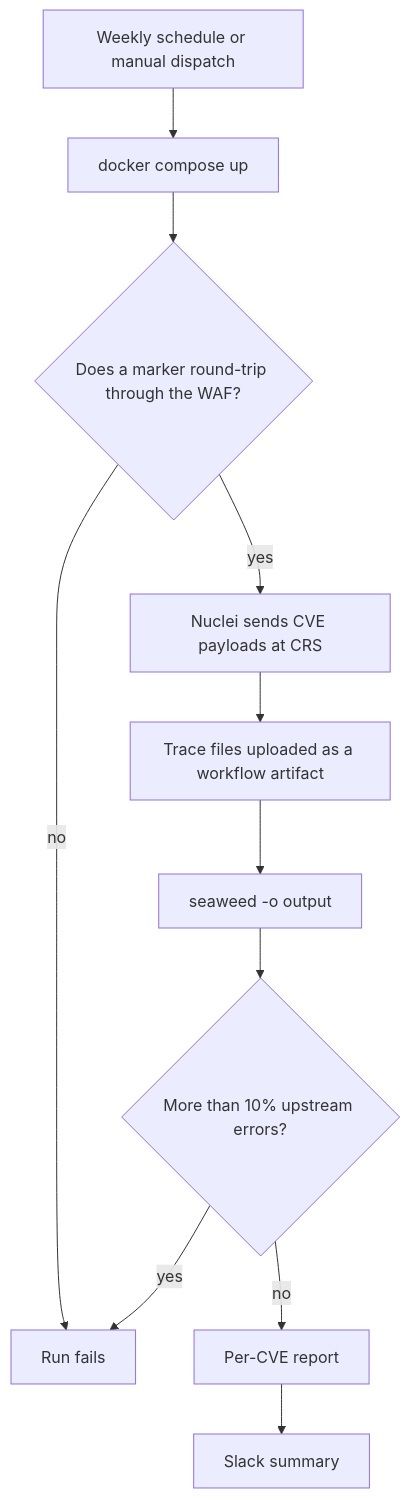
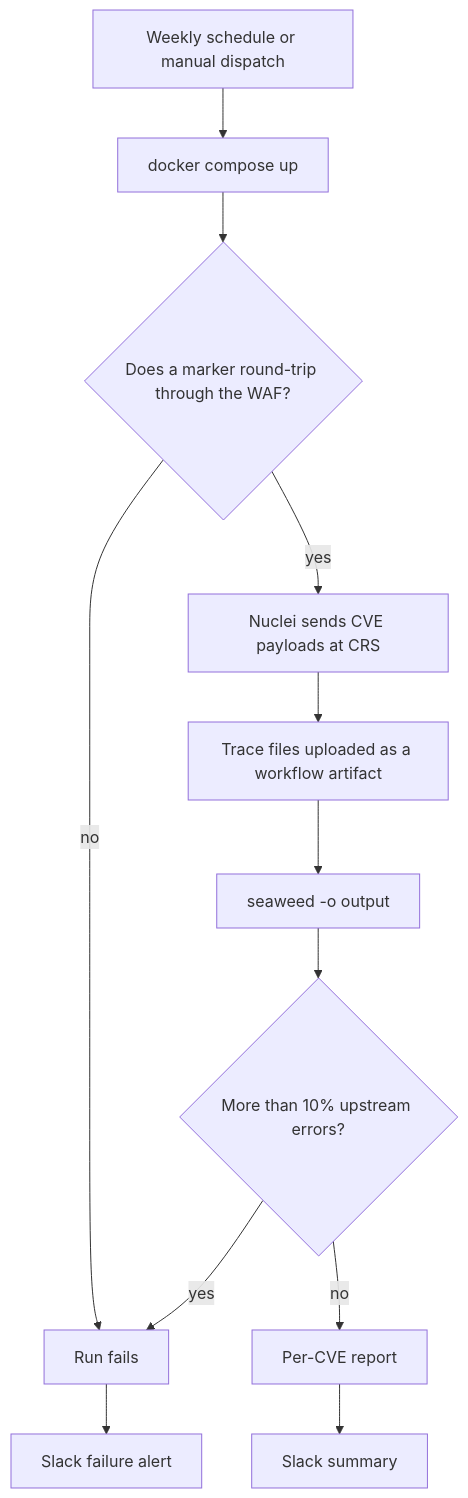
The diagram in README.md (coreruleset/project-seaweed), drawn with Mermaid before and after one commit. The commit also changed other lines of this file and 2 other files, not shown here.

First line of the commit message:
Alert on failure, and run the scan and report in one job

````diff
--- a/README.md
+++ b/README.md
@@ -19,13 +19,14 @@
 ```mermaid
 flowchart TD
     A[Weekly schedule or manual dispatch] --> B[docker compose up]
     B --> C{Does a marker round-trip through the WAF?}
     C -->|no| X[Run fails]
     C -->|yes| D[Nuclei sends CVE payloads at CRS]
     D --> E[Trace files uploaded as a workflow artifact]
     E --> F[seaweed -o output]
     F --> G{More than 10% upstream errors?}
     G -->|yes| X
     G -->|no| H[Per-CVE report]
     H --> I[Slack summary]
+    X --> J[Slack failure alert]
 ```
````
